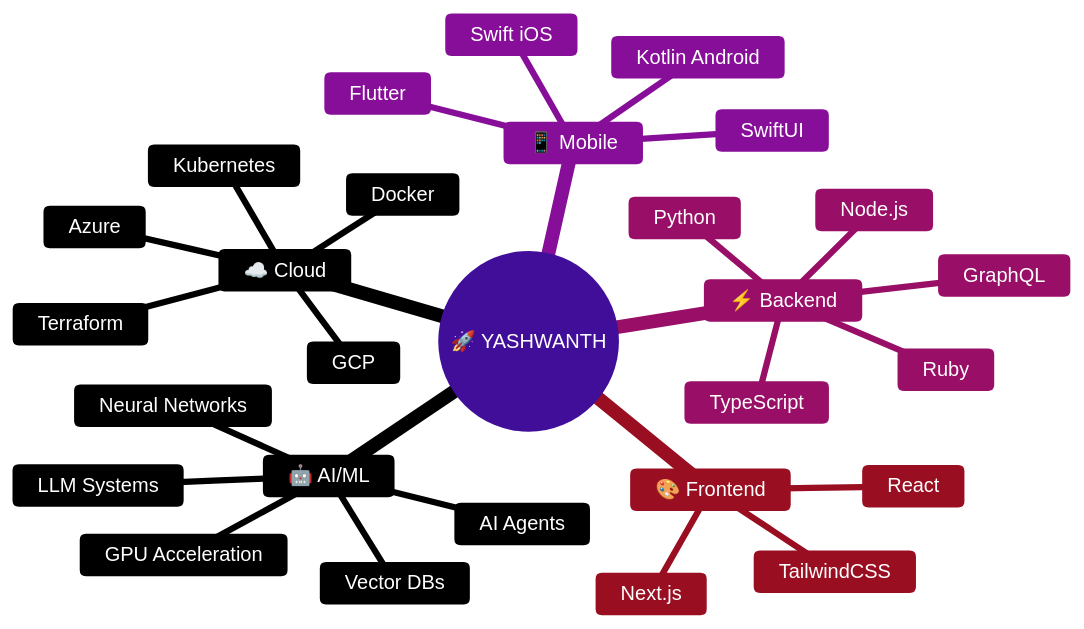
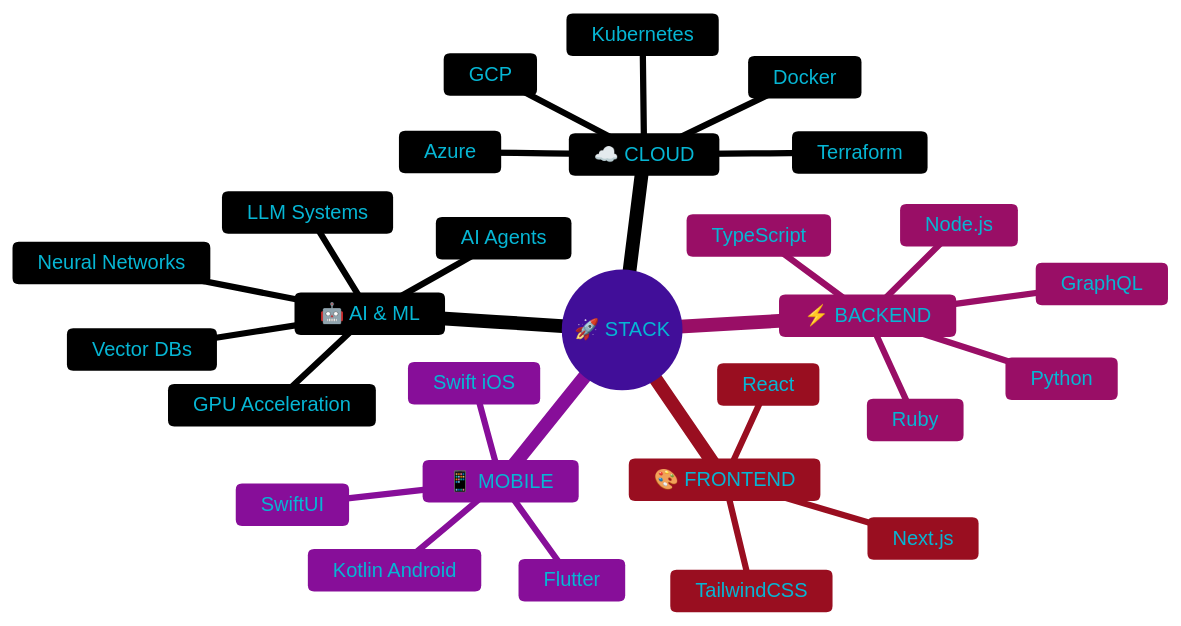
Before and after one commit to yash1511-bogam/yash1511-bogam: the first of 3 diagrams in README.md, drawn with Mermaid. The commit also changed other lines of this file, not shown here.

Commit message:
Crazy animated profile with Orbitron font, fixed mermaid colors

````diff
--- a/README.md
+++ b/README.md
@@ -22,32 +24,32 @@
 ```mermaid
-%%{init: {'theme': 'base', 'themeVariables': { 'primaryColor': '#7c3aed', 'primaryTextColor': '#ffffff', 'primaryBorderColor': '#06b6d4', 'lineColor': '#06b6d4', 'secondaryColor': '#0d0d0d', 'tertiaryColor': '#1a1a2e', 'background': '#0d0d0d', 'mainBkg': '#1a1a2e', 'nodeBorder': '#7c3aed', 'clusterBkg': '#1a1a2e', 'titleColor': '#06b6d4'}}}%%
+%%{init: {'theme': 'base', 'themeVariables': { 'primaryColor': '#7c3aed', 'primaryTextColor': '#06b6d4', 'primaryBorderColor': '#ec4899', 'lineColor': '#06b6d4', 'secondaryColor': '#1a1a2e', 'tertiaryColor': '#0f0f0f', 'background': '#0f0f0f', 'mainBkg': '#0f0f0f', 'nodeBorder': '#ec4899', 'clusterBkg': '#1a1a2e', 'titleColor': '#ffffff', 'nodeTextColor': '#ffffff'}}}%%
 mindmap
-  root((🚀 YASHWANTH))
-    🤖 AI/ML
+  root((🚀 STACK))
+    🤖 AI & ML
       GPU Acceleration
       LLM Systems
       Neural Networks
       AI Agents
       Vector DBs
-    ☁️ Cloud
+    ☁️ CLOUD
       GCP
       Azure
       Kubernetes
       Docker
       Terraform
-    📱 Mobile
+    📱 MOBILE
       Swift iOS
       Kotlin Android
       Flutter
       SwiftUI
-    ⚡ Backend
+    ⚡ BACKEND
       TypeScript
       Python
       Ruby
       Node.js
       GraphQL
-    🎨 Frontend
+    🎨 FRONTEND
       React
       Next.js
       TailwindCSS
 ```
````
